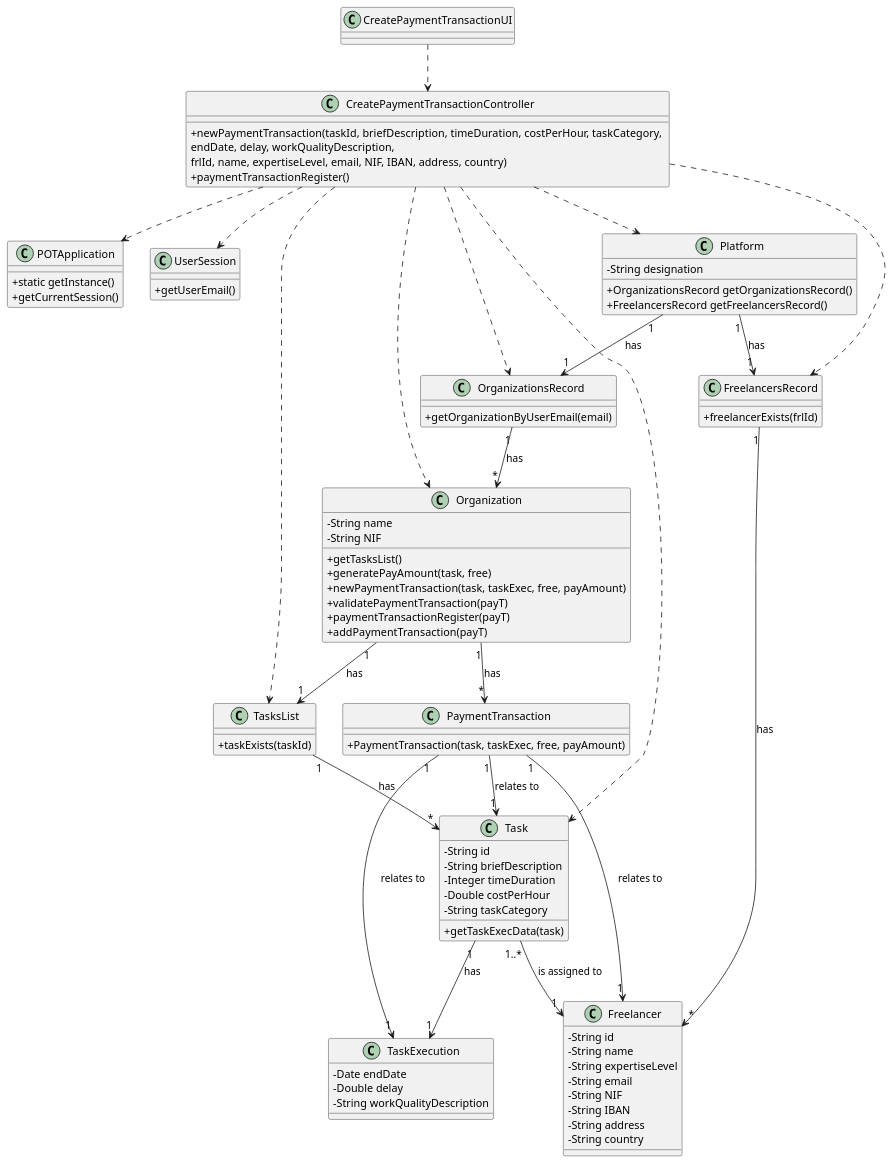
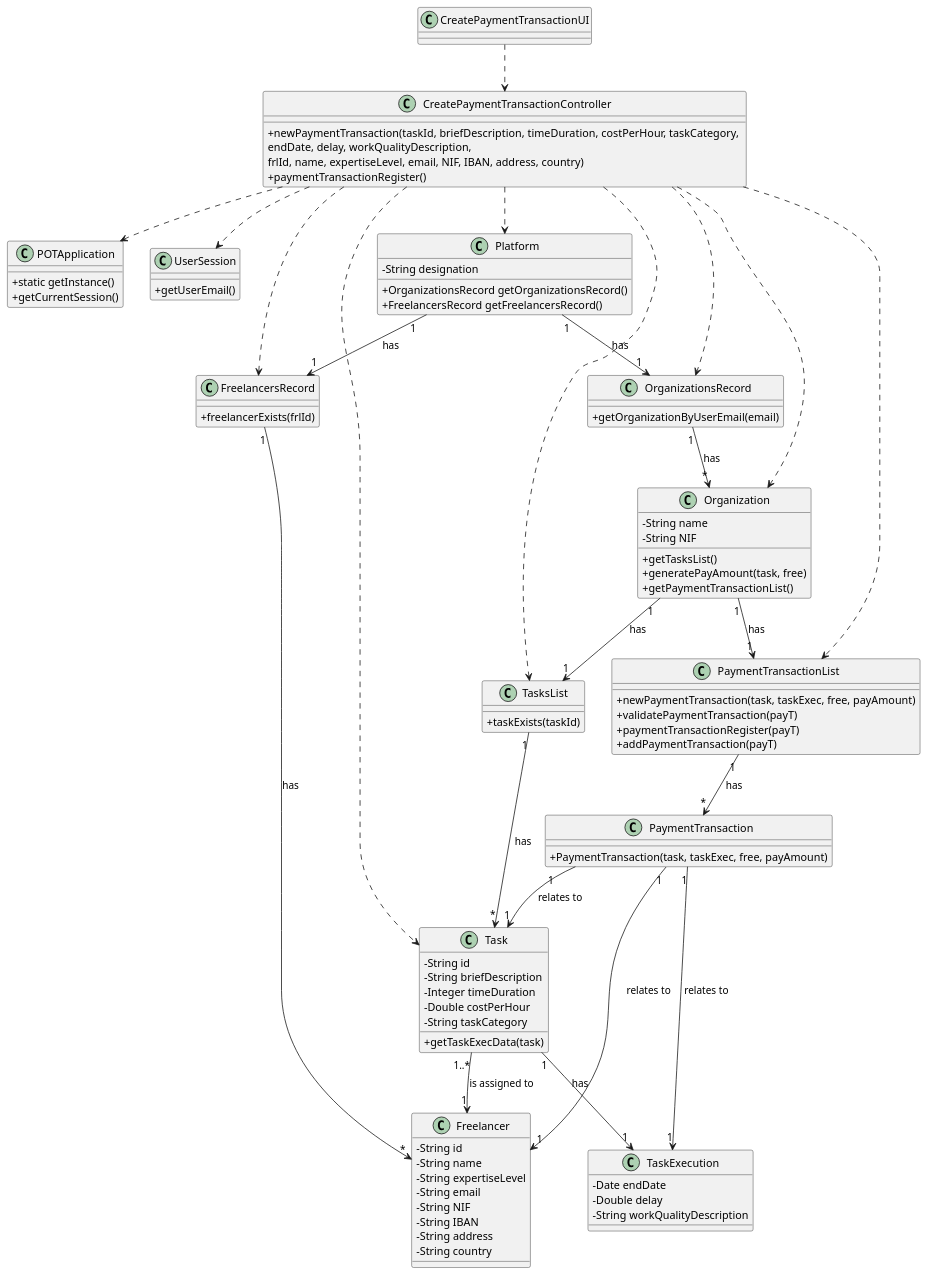
Before and after one commit to pedrolemos4/LAPR2: the diagram in docs/UC3 - Create Payment Transaction/UC3_CD.puml, drawn with PlantUML. The commit also changed 6 other files, not shown here.

```diff
--- a/docs/UC3 - Create Payment Transaction/UC3_CD.puml
+++ b/docs/UC3 - Create Payment Transaction/UC3_CD.puml
@@ -1,106 +1,113 @@
 @startuml
 skinparam classAttributeIconSize 0
 
 class POTApplication
 {
   +static getInstance()
   +getCurrentSession()
 }
 
 class UserSession
 {
   +getUserEmail()
 }
 
 class Task {
   -String id
   -String briefDescription
   -Integer timeDuration
   -Double costPerHour
   -String taskCategory
   +getTaskExecData(task)
 }
 
 class Freelancer {
   -String id
   -String name
   -String expertiseLevel
   -String email
   -String NIF
   -String IBAN
   -String address
   -String country
 }
 
 class Organization {
   -String name
   -String NIF
   +getTasksList()
   +generatePayAmount(task, free)
-  +newPaymentTransaction(task, taskExec, free, payAmount)
-  +validatePaymentTransaction(payT)
-  +paymentTransactionRegister(payT)
-  +addPaymentTransaction(payT)
+  +getPaymentTransactionList()
+  
 }
 
 class TasksList {
   +taskExists(taskId)
 }
 
 class Platform {
   -String designation
   +OrganizationsRecord getOrganizationsRecord()
   +FreelancersRecord getFreelancersRecord()
 }
 
 class FreelancersRecord {
   +freelancerExists(frlId)
 }
 
 class OrganizationsRecord  {
   +getOrganizationByUserEmail(email)
 }
 
 class CreatePaymentTransactionController {
   +newPaymentTransaction(taskId, briefDescription, timeDuration, costPerHour, taskCategory, \nendDate, delay, workQualityDescription, \nfrlId, name, expertiseLevel, email, NIF, IBAN, address, country)
   +paymentTransactionRegister()
 }
 
 class CreatePaymentTransactionUI {
 }
 
 class PaymentTransaction{
   +PaymentTransaction(task, taskExec, free, payAmount)
 }
 
 class TaskExecution {
  -Date endDate
  -Double delay
  -String workQualityDescription
 }
 
+class PaymentTransactionList{
+  +newPaymentTransaction(task, taskExec, free, payAmount)
+  +validatePaymentTransaction(payT)
+  +paymentTransactionRegister(payT)
+  +addPaymentTransaction(payT)
+}
+
 CreatePaymentTransactionUI ..> CreatePaymentTransactionController
 CreatePaymentTransactionController ..> Platform
 CreatePaymentTransactionController ..> Task
 CreatePaymentTransactionController ..> Organization
 CreatePaymentTransactionController ..> POTApplication
 CreatePaymentTransactionController ..> UserSession
 CreatePaymentTransactionController ..> TasksList
 CreatePaymentTransactionController ..> FreelancersRecord
 CreatePaymentTransactionController ..> OrganizationsRecord
+CreatePaymentTransactionController ..> PaymentTransactionList
 Platform "1" --> "1" FreelancersRecord : has
 Platform "1" --> "1" OrganizationsRecord : has
 
 FreelancersRecord "1" --> "*" Freelancer : has
 OrganizationsRecord "1" --> "*" Organization : has
 Organization "1" --> "1" TasksList : has
-Organization "1" --> "*" PaymentTransaction : has
+Organization "1" --> "1" PaymentTransactionList : has
+PaymentTransactionList "1" --> "*" PaymentTransaction : has
 TasksList "1" --> "*" Task : has
 Task "1" --> "1" TaskExecution : has
 Task "1..*" --> "1" Freelancer : is assigned to
 
 PaymentTransaction "1" --> "1" Freelancer : relates to
 PaymentTransaction "1" --> "1" Task : relates to
 PaymentTransaction "1" --> "1" TaskExecution : relates to
 
 @enduml
```
